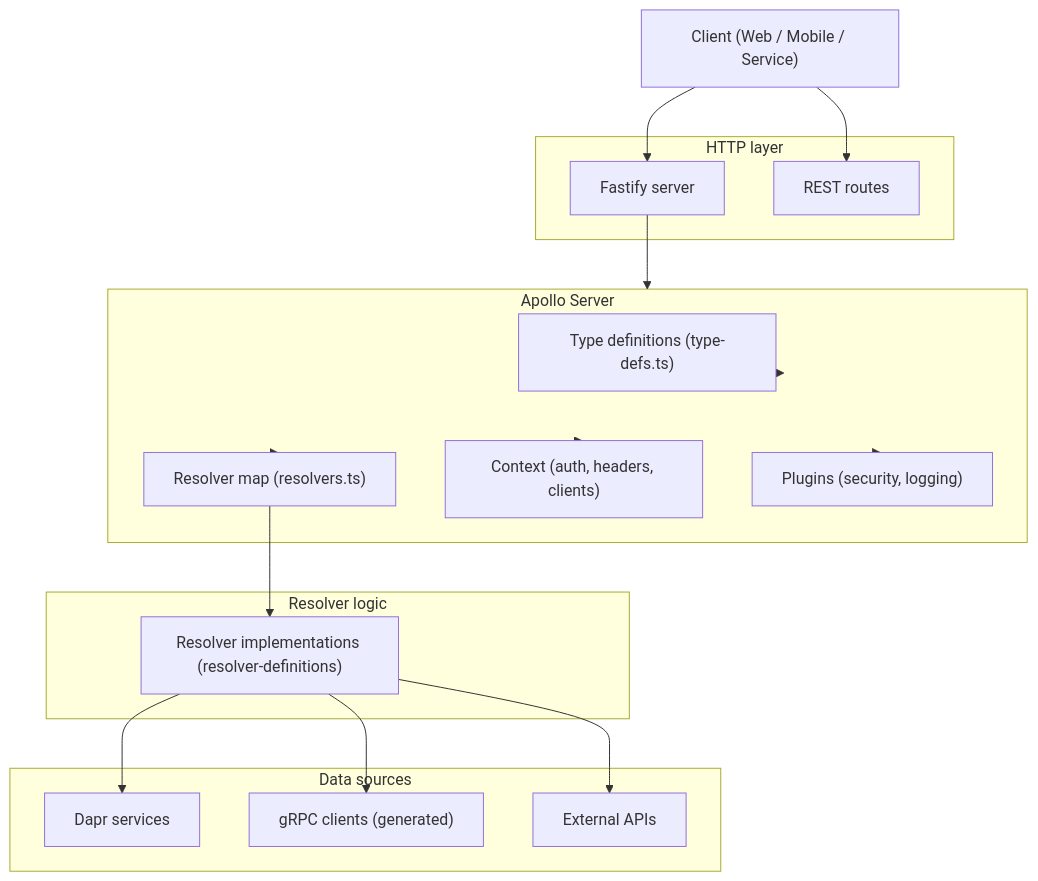
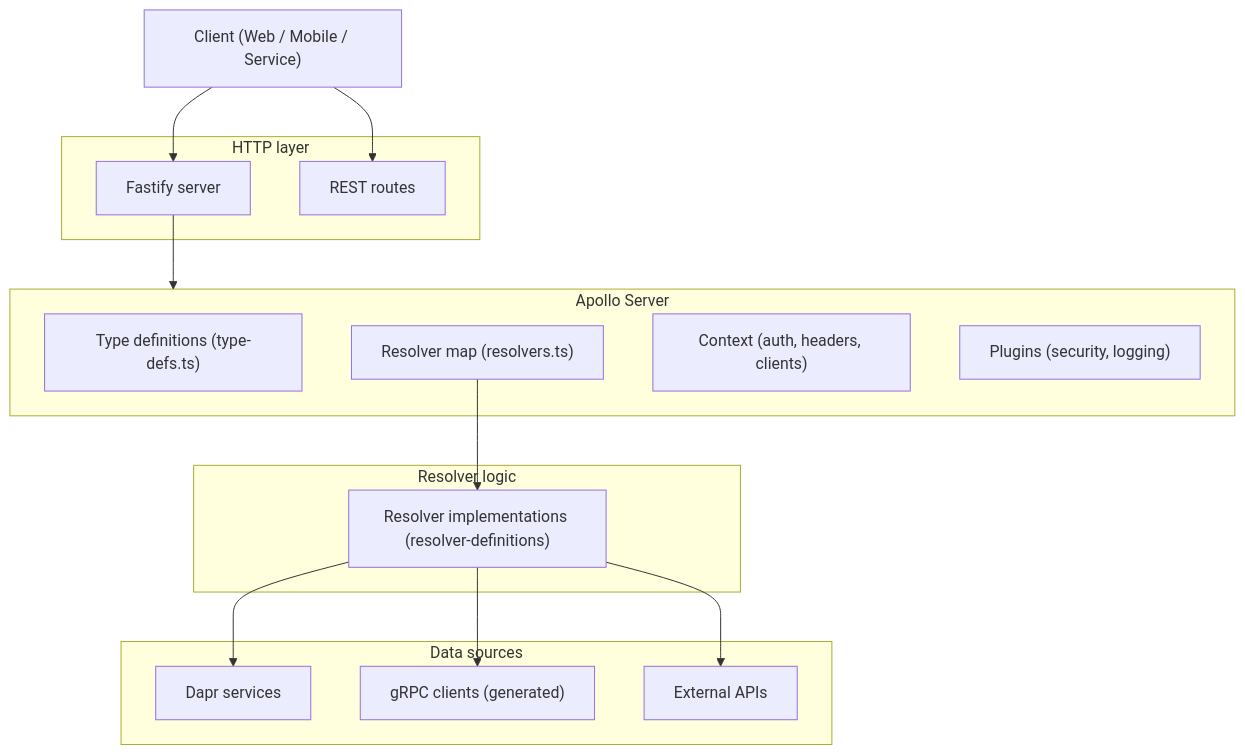
One commit to sbhrwl/microservices changed the first of 4 diagrams in app/usecases/fileupload/apollo-server/README.md. Above: the diagram before and after it, drawn with Mermaid.

Commit message:
Simplify README by removing Apollo sections
Removed unnecessary details about Apollo components.

````diff
--- a/app/usecases/fileupload/apollo-server/README.md
+++ b/app/usecases/fileupload/apollo-server/README.md
@@ -22,40 +22,34 @@
 ```mermaid
 flowchart TD
     Client["Client (Web / Mobile / Service)"]
 
     subgraph HTTP["HTTP layer"]
         Fastify["Fastify server"]
         Routes["REST routes"]
     end
 
     subgraph Apollo["Apollo Server"]
         Schema["Type definitions (type-defs.ts)"]
         ResolverMap["Resolver map (resolvers.ts)"]
         Context["Context (auth, headers, clients)"]
         Plugins["Plugins (security, logging)"]
     end
 
     subgraph Logic["Resolver logic"]
         Resolvers["Resolver implementations (resolver-definitions)"]
     end
 
     subgraph Data["Data sources"]
         Dapr["Dapr services"]
         GRPC["gRPC clients (generated)"]
         External["External APIs"]
     end
 
     Client --> Fastify
     Client --> Routes
-
     Fastify --> Apollo
-    Apollo --> Schema
-    Apollo --> ResolverMap
-    Apollo --> Context
-    Apollo --> Plugins
-
     ResolverMap --> Resolvers
     Resolvers --> Dapr
     Resolvers --> GRPC
     Resolvers --> External
 ```
````
